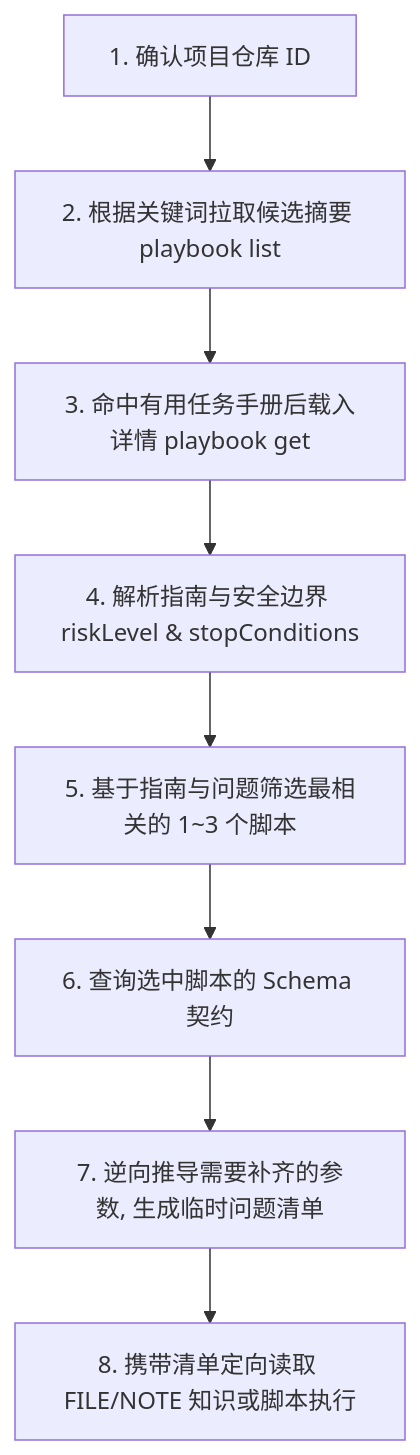
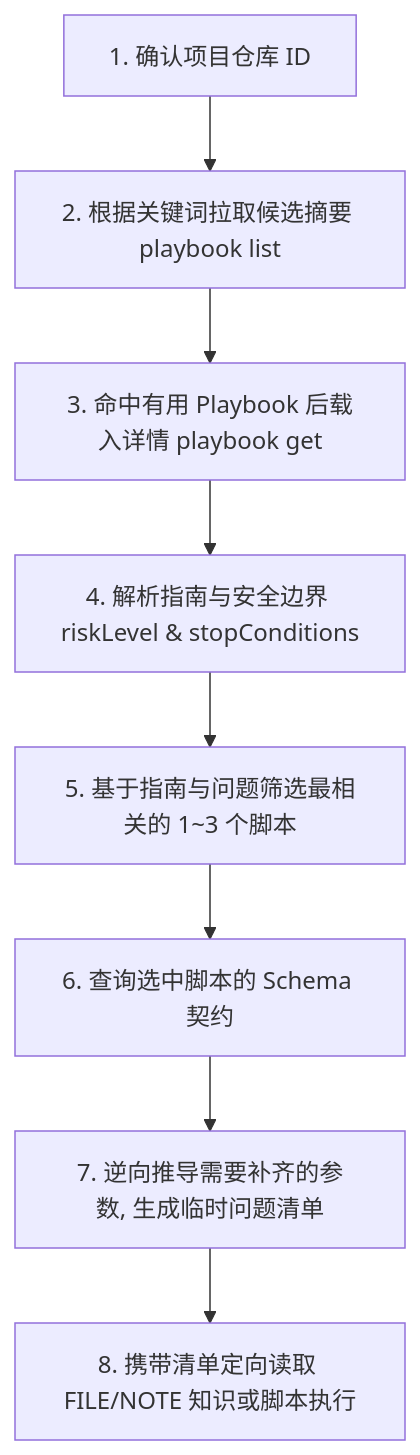
One commit to team4u/actiondock changed the diagram in docs/playbook.md. Above: the diagram before and after it, drawn with Mermaid. The commit also changed other lines of this file, not shown here.

Commit message:
docs: 优化 Playbook 文档术语一致性与表述清晰度

````diff
--- a/docs/playbook.md
+++ b/docs/playbook.md
@@ -95,10 +76,10 @@
 ```mermaid
 flowchart TD
     Start[1. 确认项目仓库 ID] --> Search[2. 根据关键词拉取候选摘要 playbook list]
-    Search --> Fetch[3. 命中有用任务手册后载入详情 playbook get]
+    Search --> Fetch[3. 命中有用 Playbook 后载入详情 playbook get]
     Fetch --> Review[4. 解析指南与安全边界 riskLevel & stopConditions]
     Review --> Select[5. 基于指南与问题筛选最相关的 1~3 个脚本]
     Select --> Schema[6. 查询选中脚本的 Schema 契约]
     Schema --> Derive[7. 逆向推导需要补齐的参数, 生成临时问题清单]
     Derive --> Read[8. 携带清单定向读取 FILE/NOTE 知识或脚本执行]
 ```
````
